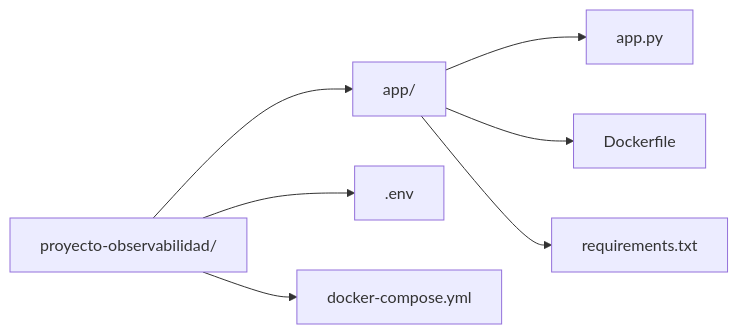
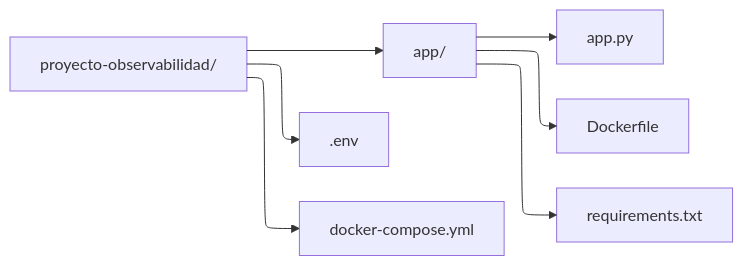
One commit to albmart2/proyecto-observabilidad changed the first of 2 diagrams in README.md. Above: the diagram before and after it, drawn with Mermaid.

````diff
--- a/README.md
+++ b/README.md
@@ -15,10 +15,10 @@
 ```mermaid
-graph LR
+flowchart-elk LR
 A[proyecto-observabilidad/]
 A --> B[app/]
 B --> B1[app.py]
 B --> B2[Dockerfile]
 B --> B3[requirements.txt]
 A --> C[.env]
 A --> D[docker-compose.yml]
 ```
````
